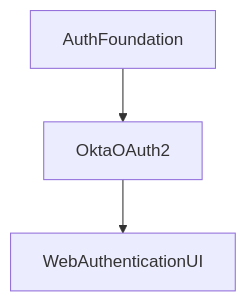
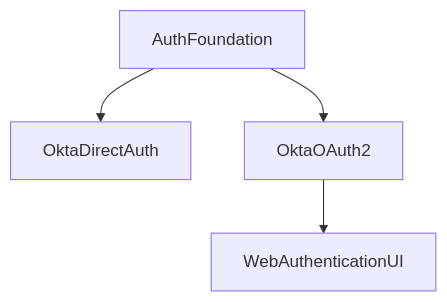
Before and after one commit to okta/okta-mobile-swift: the diagram in README.md, drawn with Mermaid.

Commit message:
Update README to show DirectAuth within the architecture graph

````diff
--- a/README.md
+++ b/README.md
@@ -45,5 +45,6 @@
 ```mermaid
   graph TD;
+    AuthFoundation-->OktaDirectAuth;
     AuthFoundation-->OktaOAuth2;
     OktaOAuth2-->WebAuthenticationUI;
 ```
````
